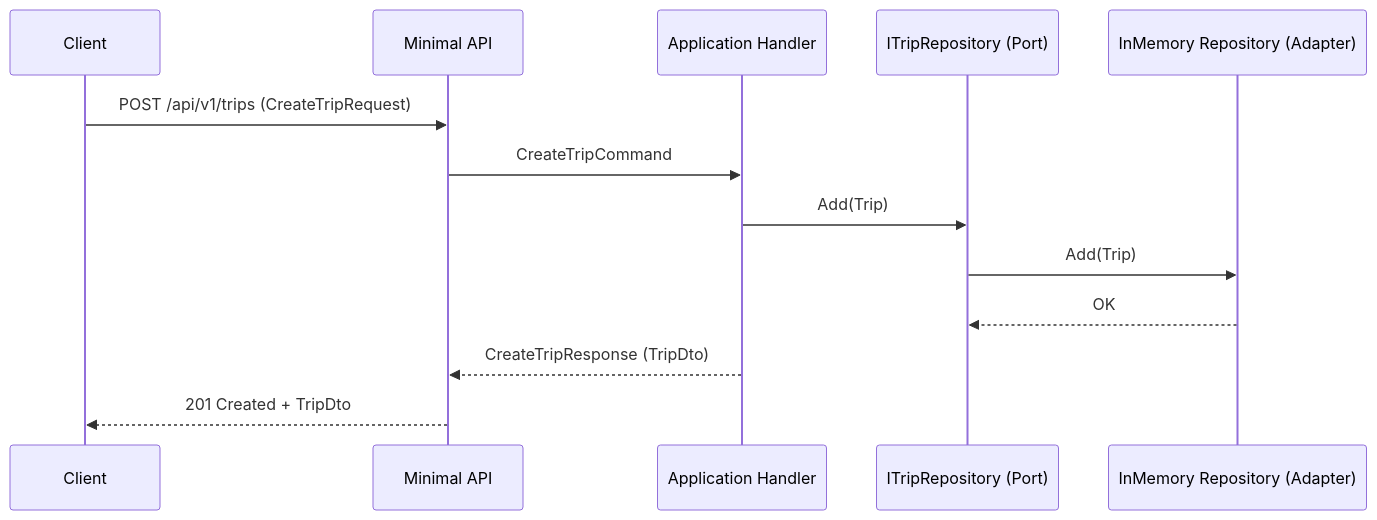
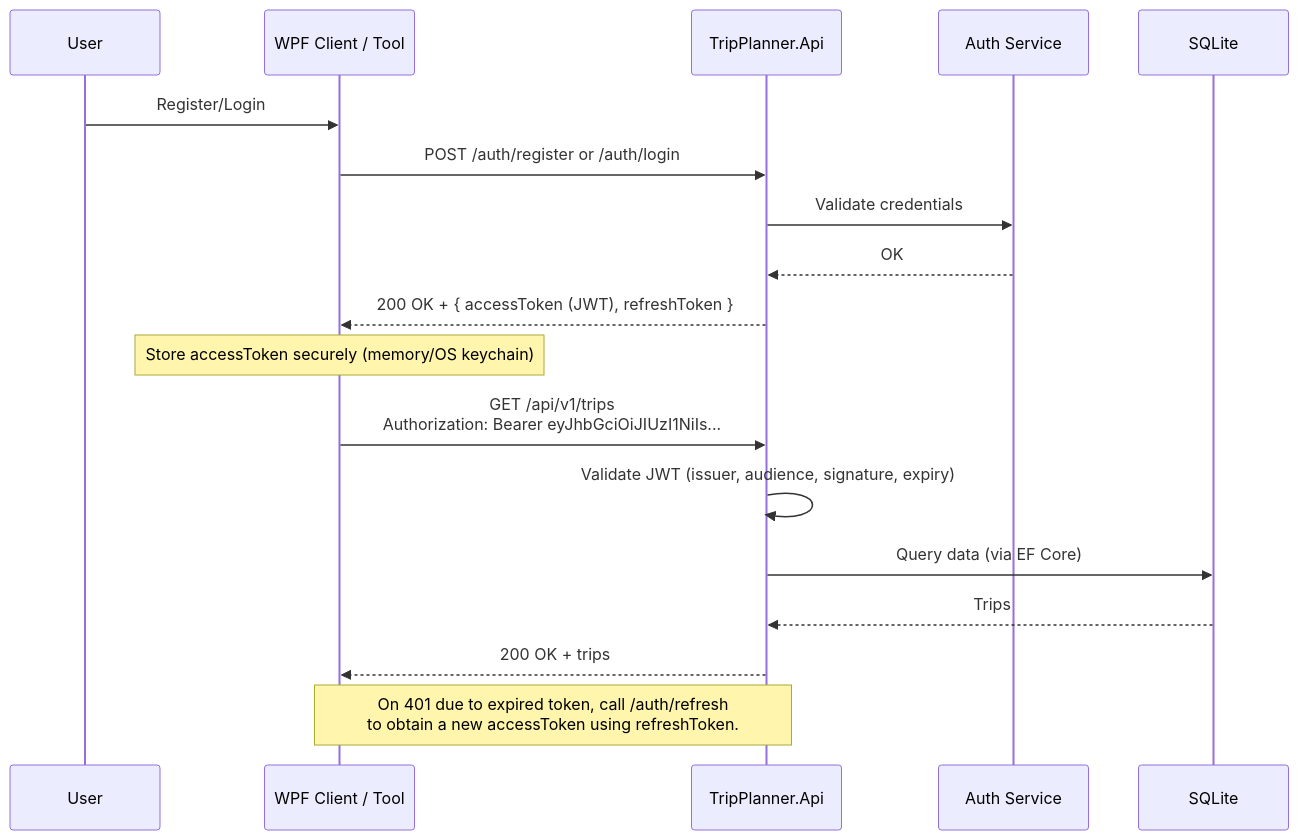
Before and after one commit to Jakub-Kos/TripperApp: the second of 2 diagrams in README.md, drawn with Mermaid. The commit also changed other lines of this file, not shown here.

````diff
--- a/README.md
+++ b/README.md
@@ -207,16 +157,24 @@
 ```mermaid
 sequenceDiagram
-  participant C as Client
-  participant API as Minimal API
-  participant APP as Application Handler
-  participant PORT as ITripRepository (Port)
-  participant AD as InMemory Repository (Adapter)
+  participant U as User
+  participant W as WPF Client / Tool
+  participant API as TripPlanner.Api
+  participant Auth as Auth Service
+  participant DB as SQLite
 
-  C->>API: POST /api/v1/trips (CreateTripRequest)
-  API->>APP: CreateTripCommand
-  APP->>PORT: Add(Trip)
-  PORT->>AD: Add(Trip)
-  AD-->>PORT: OK
-  APP-->>API: CreateTripResponse (TripDto)
-  API-->>C: 201 Created + TripDto
+  U->>W: Register/Login
+  W->>API: POST /auth/register or /auth/login
+  API->>Auth: Validate credentials
+  Auth-->>API: OK
+  API-->>W: 200 OK + { accessToken (JWT), refreshToken }
+
+  Note over W: Store accessToken securely (memory/OS keychain)
+
+  W->>API: GET /api/v1/trips<br/>Authorization: Bearer eyJhbGciOiJIUzI1NiIs...
+  API->>API: Validate JWT (issuer, audience, signature, expiry)
+  API->>DB: Query data (via EF Core)
+  DB-->>API: Trips
+  API-->>W: 200 OK + trips
+
+  Note over W,API: On 401 due to expired token, call /auth/refresh<br/>to obtain a new accessToken using refreshToken.
 ```
````
